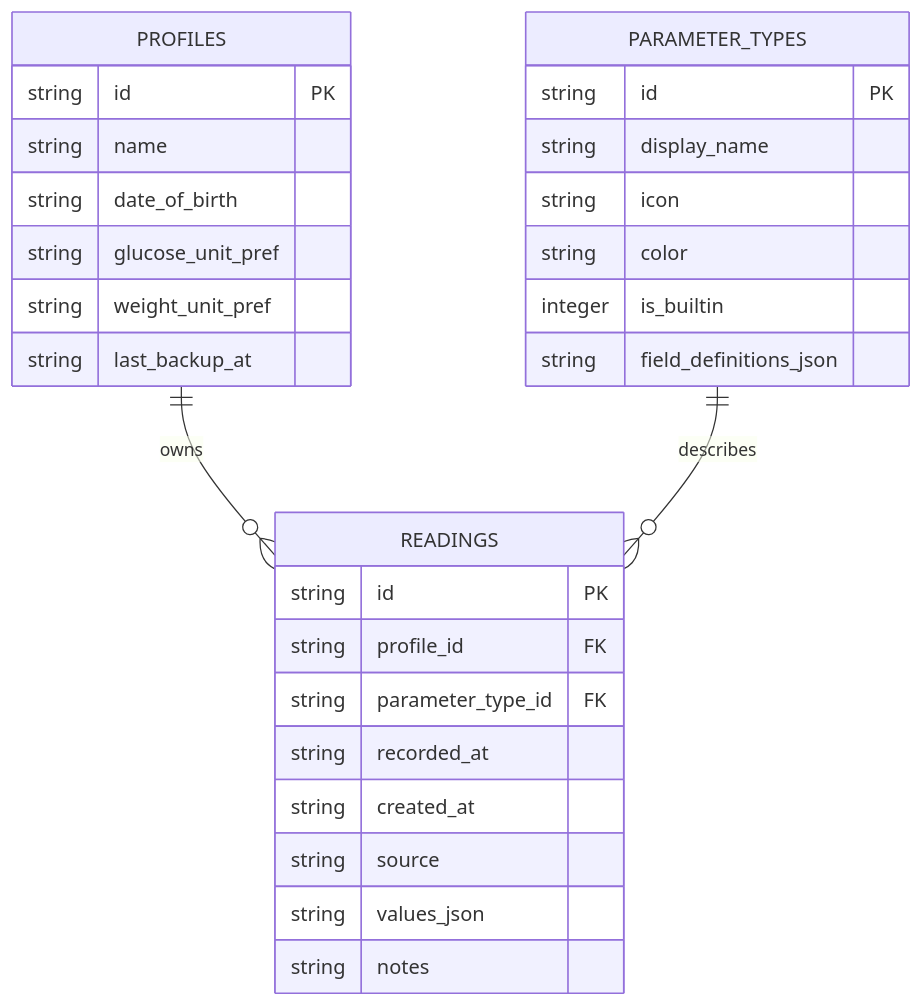
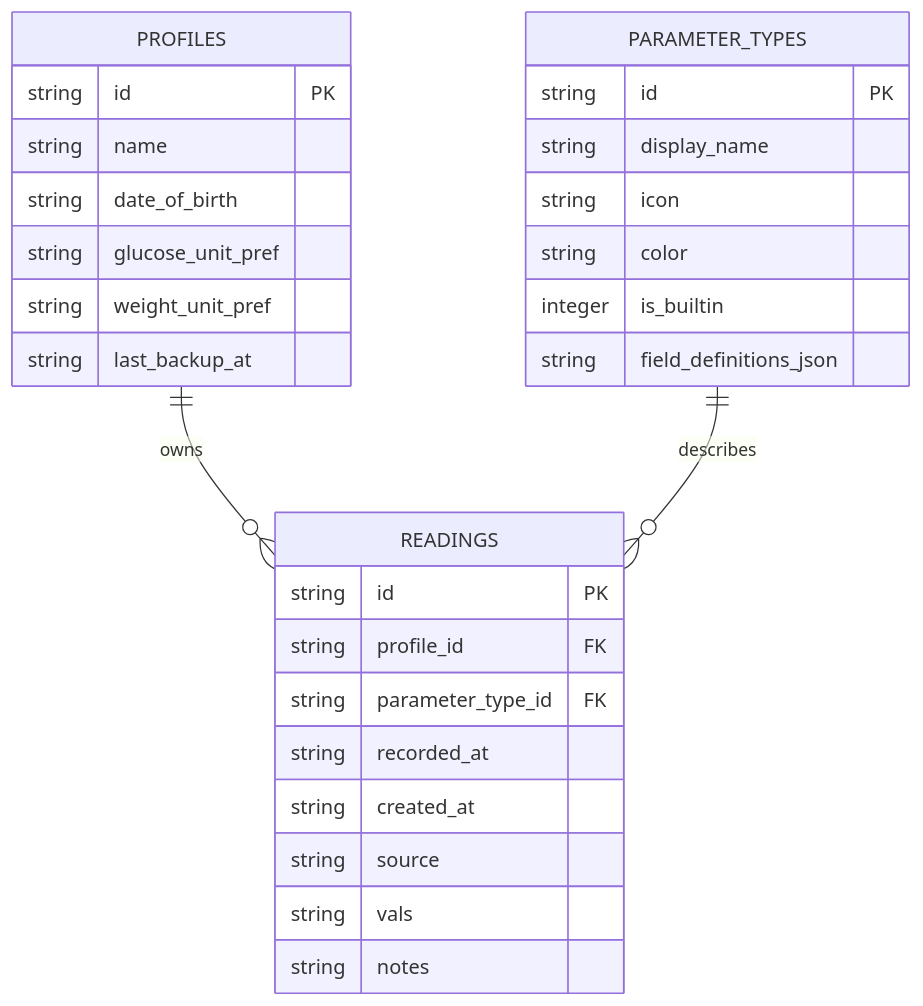
One commit to neetuaks/Health-Diary changed the fourth of 8 diagrams in docs/TECHNICAL-DESIGN.md. Above: the diagram before and after it, drawn with Mermaid. The commit also changed other lines of this file and 34 other files, not shown here.

````diff
--- a/docs/TECHNICAL-DESIGN.md
+++ b/docs/TECHNICAL-DESIGN.md
@@ -139,32 +139,32 @@
 ```mermaid
 erDiagram
     PROFILES ||--o{ READINGS : owns
     PARAMETER_TYPES ||--o{ READINGS : describes
 
     PROFILES {
         string id PK
         string name
         string date_of_birth
         string glucose_unit_pref
         string weight_unit_pref
         string last_backup_at
     }
     PARAMETER_TYPES {
         string id PK
         string display_name
         string icon
         string color
         integer is_builtin
         string field_definitions_json
     }
     READINGS {
         string id PK
         string profile_id FK
         string parameter_type_id FK
         string recorded_at
         string created_at
         string source
-        string values_json
+        string vals
         string notes
     }
 ```
````
